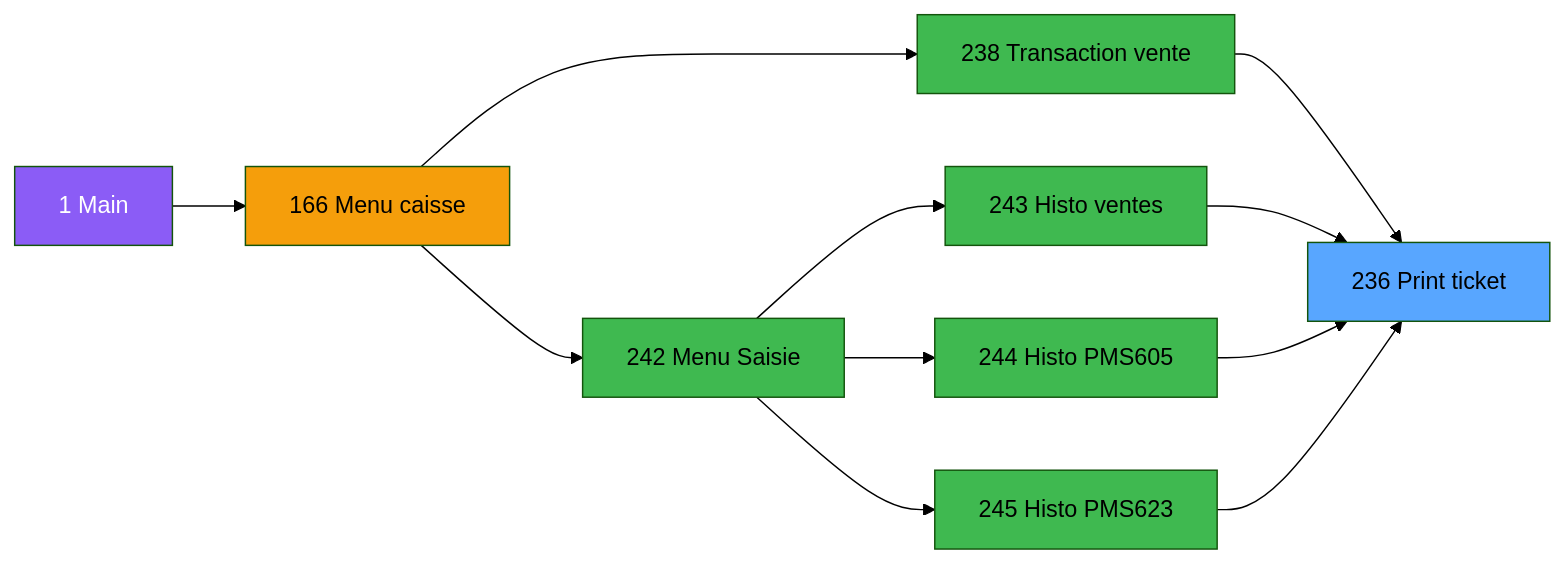
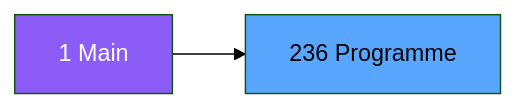
Before and after one commit to thonyAGP/lecteur-magic: the second of 3 diagrams in .openspec/specs/ADH-IDE-236.md, drawn with Mermaid (forest theme). The commit also changed other lines of this file and 326 other files, not shown here.

````diff
--- a/.openspec/specs/ADH-IDE-236.md
+++ b/.openspec/specs/ADH-IDE-236.md
@@ -166,31 +94,8 @@
 ```mermaid
 graph LR
     M[1 Main]
-    M166[166 Menu caisse]
-    M238[238 Transaction vente]
-    M242[242 Menu Saisie]
-    M243[243 Histo ventes]
-    M244[244 Histo PMS605]
-    M245[245 Histo PMS623]
-    T[236 Print ticket]
-
-    M --> M166
-    M166 --> M238
-    M166 --> M242
-    M242 --> M243
-    M242 --> M244
-    M242 --> M245
-    M238 --> T
-    M243 --> T
-    M244 --> T
-    M245 --> T
-
+    T[236 Programme]
+    M --> T
     style M fill:#8b5cf6,color:#fff
-    style M166 fill:#f59e0b,color:#000
     style T fill:#58a6ff,color:#000
-    style M238 fill:#3fb950,color:#000
-    style M242 fill:#3fb950,color:#000
-    style M243 fill:#3fb950,color:#000
-    style M244 fill:#3fb950,color:#000
-    style M245 fill:#3fb950,color:#000
 ```
````
